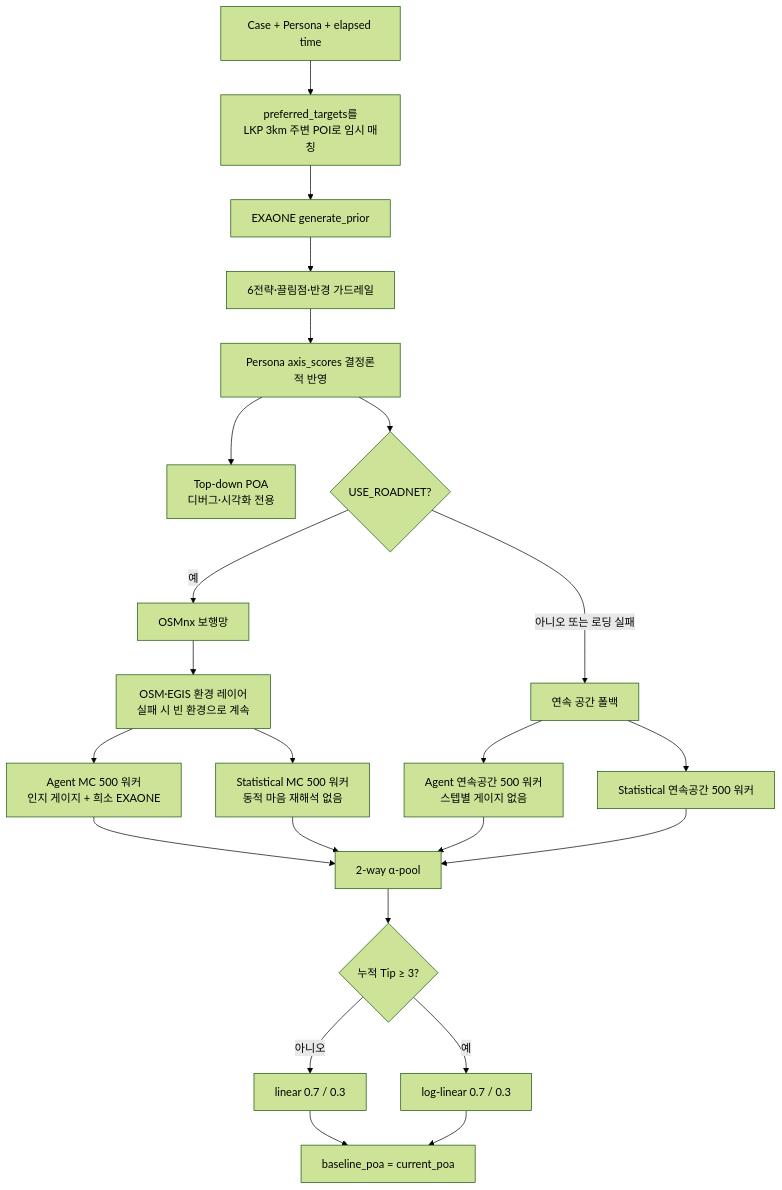
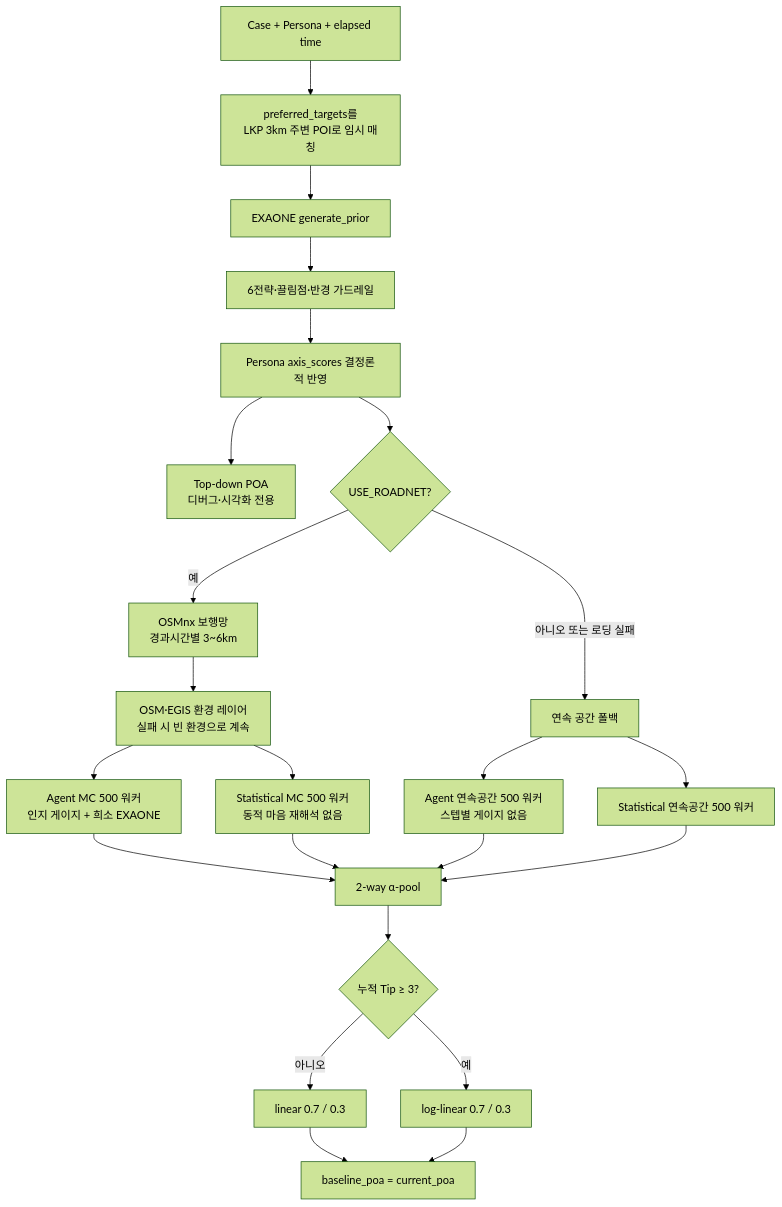
The seventh of 12 diagrams in docs/IMPLEMENTATION_ARCHITECTURE.md (Donghaeng-AI-ROOKIE/Come-back-home), drawn with Mermaid (forest theme) before and after one commit. The commit also changed other lines of this file and 3 other files, not shown here.

Commit message:
docs: sync architecture with latest experiments

````diff
--- a/docs/IMPLEMENTATION_ARCHITECTURE.md
+++ b/docs/IMPLEMENTATION_ARCHITECTURE.md
@@ -375,28 +398,28 @@
 ```mermaid
 flowchart TD
     IN["Case + Persona + elapsed time"] --> POI["preferred_targets를<br/>LKP 3km 주변 POI로 임시 매칭"]
     POI --> PRIOR["EXAONE generate_prior"]
     PRIOR --> GUARD["6전략·끌림점·반경 가드레일"]
     GUARD --> AXIS["Persona axis_scores 결정론적 반영"]
 
     AXIS --> TD["Top-down POA<br/>디버그·시각화 전용"]
     AXIS --> ROAD{"USE_ROADNET?"}
-    ROAD -- "예" --> NET["OSMnx 보행망"]
+    ROAD -- "예" --> NET["OSMnx 보행망<br/>경과시간별 3~6km"]
     NET --> ENV["OSM·EGIS 환경 레이어<br/>실패 시 빈 환경으로 계속"]
     ROAD -- "아니오 또는 로딩 실패" --> CONT["연속 공간 폴백"]
 
     ENV --> AG["Agent MC 500 워커<br/>인지 게이지 + 희소 EXAONE"]
     ENV --> ST["Statistical MC 500 워커<br/>동적 마음 재해석 없음"]
     CONT --> AGC["Agent 연속공간 500 워커<br/>스텝별 게이지 없음"]
     CONT --> STC["Statistical 연속공간 500 워커"]
 
     AG --> POOL["2-way α-pool"]
     ST --> POOL
     AGC --> POOL
     STC --> POOL
     POOL --> MODE{"누적 Tip ≥ 3?"}
     MODE -- "아니오" --> LIN["linear 0.7 / 0.3"]
     MODE -- "예" --> LOG["log-linear 0.7 / 0.3"]
     LIN --> SAVE["baseline_poa = current_poa"]
     LOG --> SAVE
 ```
````
